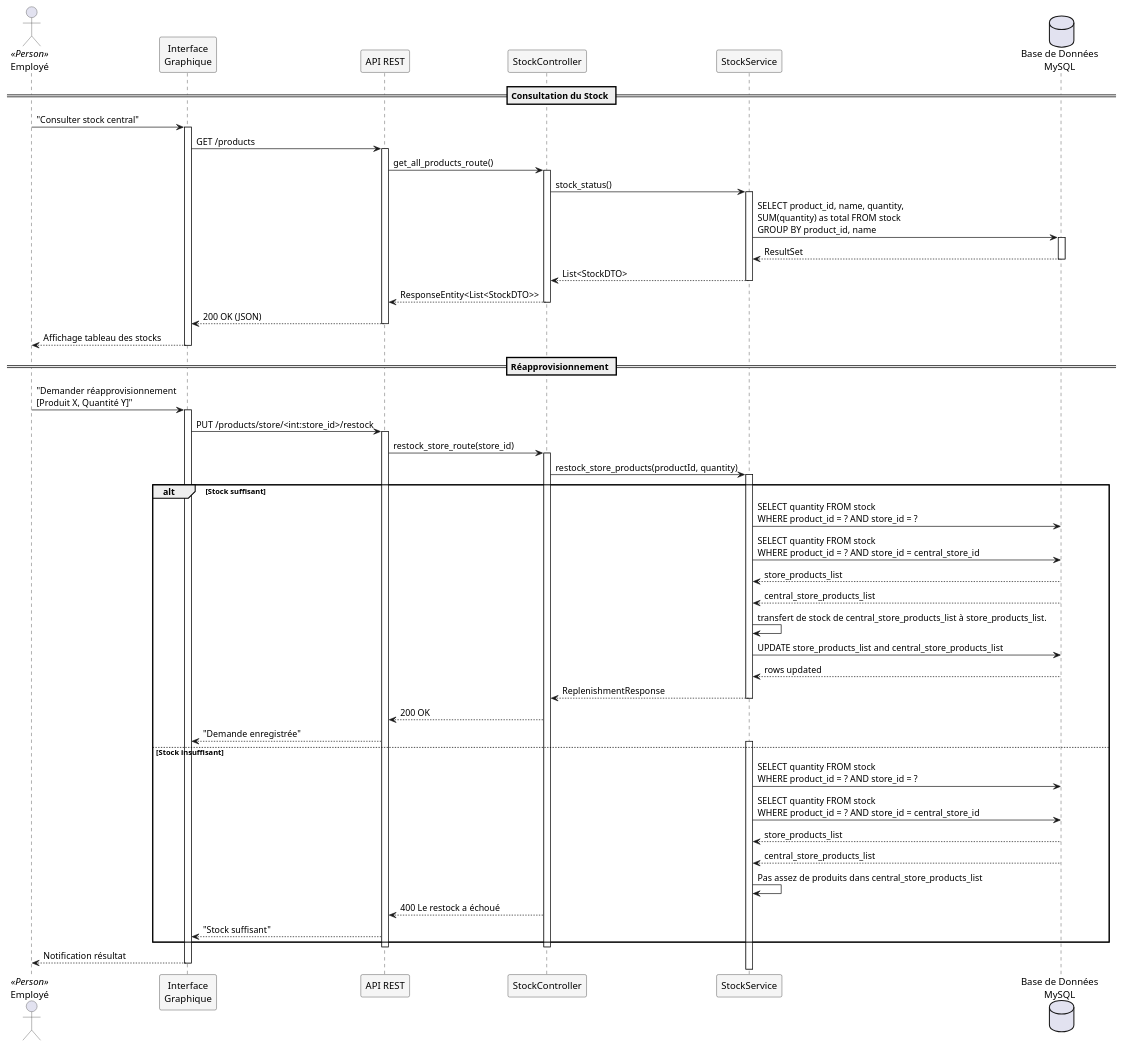
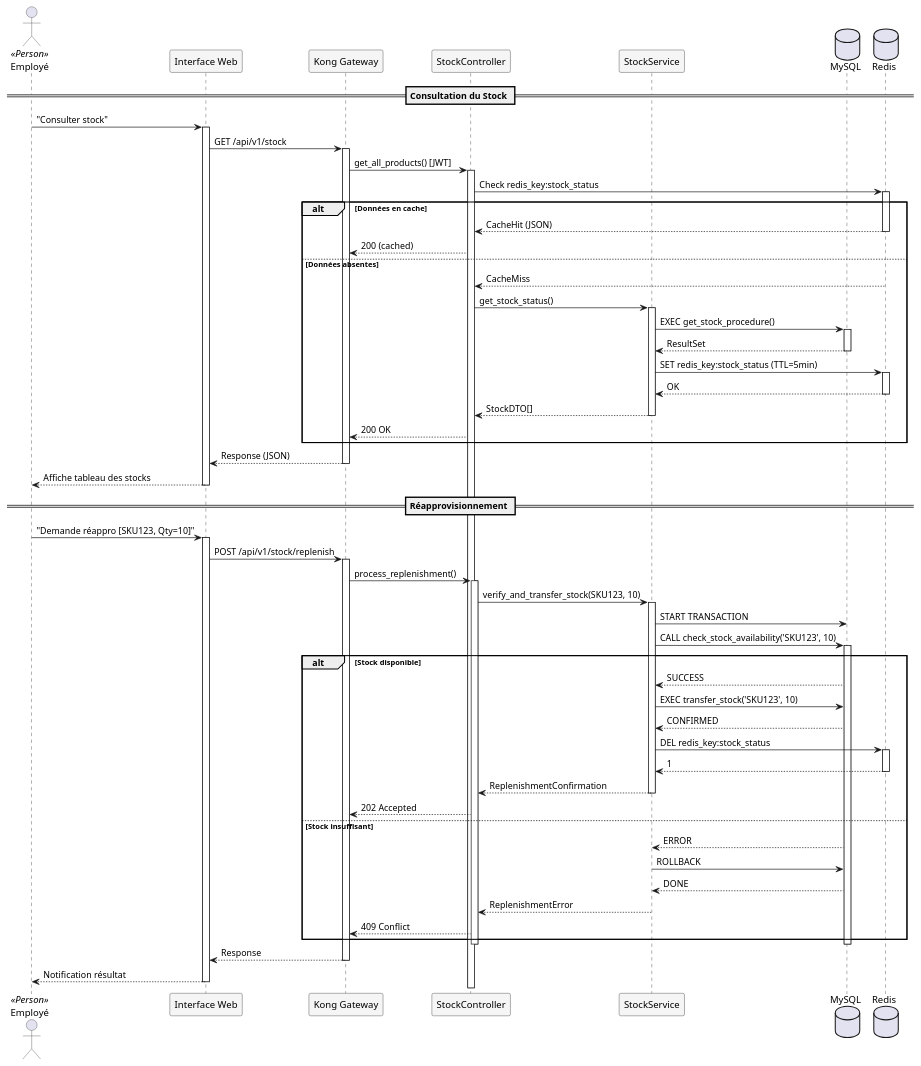
One commit to ErwanDerrien/GestionnaireMagasin changed the diagram in documentation/UML/Processus/SequenceRestock.puml. Above: the diagram before and after it, drawn with PlantUML. The commit also changed 14 other files, not shown here.

```diff
--- a/documentation/UML/Processus/SequenceRestock.puml
+++ b/documentation/UML/Processus/SequenceRestock.puml
@@ -1,80 +1,100 @@
 @startuml UC2 - Consulter le stock et réapprovisionnement
 
 skinparam {
   BackgroundColor #FFFFFF
   ActorBorderColor #333333
   ParticipantBackgroundColor #F5F5F5
   SequenceMessageAlign reverse
 }
 
 actor "Employé" as employe <<Person>>
-participant "Interface\nGraphique" as interface
-participant "API REST" as api
+participant "Interface Web" as interface
+participant "Kong Gateway" as kong
 participant "StockController" as controller
 participant "StockService" as service
-database "Base de Données\nMySQL" as db
+database "MySQL" as db
+database "Redis" as cache
 
 == Consultation du Stock ==
 
-employe -> interface : "Consulter stock central"
+employe -> interface : "Consulter stock"
 activate interface
-interface -> api : GET /products
-activate api
-api -> controller : get_all_products_route()
+interface -> kong : GET /api/v1/stock
+activate kong
+
+kong -> controller : get_all_products() [JWT]
 activate controller
-controller -> service : stock_status()
-activate service
-service -> db : SELECT product_id, name, quantity,\nSUM(quantity) as total FROM stock\nGROUP BY product_id, name
-activate db
-db --> service : ResultSet
-deactivate db
-service --> controller : List<StockDTO>
-deactivate service
-controller --> api : ResponseEntity<List<StockDTO>>
-deactivate controller
-api --> interface : 200 OK (JSON)
-deactivate api
-interface --> employe : Affichage tableau des stocks
+controller -> cache : Check redis_key:stock_status
+activate cache
+
+alt Données en cache
+  cache --> controller : CacheHit (JSON)
+  deactivate cache
+  controller --> kong : 200 (cached)
+else Données absentes
+  cache --> controller : CacheMiss
+  deactivate cache
+  controller -> service : get_stock_status()
+  activate service
+  service -> db : EXEC get_stock_procedure()
+  activate db
+  db --> service : ResultSet
+  deactivate db
+  service -> cache : SET redis_key:stock_status (TTL=5min)
+  activate cache
+  cache --> service : OK
+  deactivate cache
+  service --> controller : StockDTO[]
+  deactivate service
+  controller --> kong : 200 OK
+end
+
+kong --> interface : Response (JSON)
+deactivate kong
+interface --> employe : Affiche tableau des stocks
 deactivate interface
 
 == Réapprovisionnement ==
 
-employe -> interface : "Demander réapprovisionnement\n[Produit X, Quantité Y]"
+employe -> interface : "Demande réappro [SKU123, Qty=10]"
 activate interface
-interface -> api : PUT /products/store/<int:store_id>/restock
-activate api
-api -> controller : restock_store_route(store_id)
+interface -> kong : POST /api/v1/stock/replenish
+activate kong
+
+kong -> controller : process_replenishment()
 activate controller
-controller -> service : restock_store_products(productId, quantity)
+controller -> service : verify_and_transfer_stock(SKU123, 10)
+activate service
 
-alt Stock suffisant
-  activate service
-  service -> db : SELECT quantity FROM stock\nWHERE product_id = ? AND store_id = ?
-  service -> db : SELECT quantity FROM stock\nWHERE product_id = ? AND store_id = central_store_id
-  db --> service : store_products_list
-  db --> service : central_store_products_list
-  service -> service : transfert de stock de central_store_products_list à store_products_list.
-  service -> db : UPDATE store_products_list and central_store_products_list
-  db --> service : rows updated
-  service --> controller : ReplenishmentResponse
+service -> db : START TRANSACTION
+service -> db : CALL check_stock_availability('SKU123', 10)
+activate db
+
+alt Stock disponible
+  db --> service : SUCCESS
+  service -> db : EXEC transfer_stock('SKU123', 10)
+  db --> service : CONFIRMED
+  service -> cache : DEL redis_key:stock_status
+  activate cache
+  cache --> service : 1
+  deactivate cache
+  service --> controller : ReplenishmentConfirmation
   deactivate service
-  controller --> api : 200 OK
-  api --> interface : "Demande enregistrée"
+  controller --> kong : 202 Accepted
 else Stock insuffisant
-  activate service
-  service -> db : SELECT quantity FROM stock\nWHERE product_id = ? AND store_id = ?
-  service -> db : SELECT quantity FROM stock\nWHERE product_id = ? AND store_id = central_store_id
-  db --> service : store_products_list
-  db --> service : central_store_products_list
-  service -> service : Pas assez de produits dans central_store_products_list
-
-  controller --> api : 400 Le restock a échoué
-  api --> interface : "Stock suffisant"
+  db --> service : ERROR
+  service -> db : ROLLBACK
+  db --> service : DONE
+  service --> controller : ReplenishmentError
+  deactivate service
+  controller --> kong : 409 Conflict
 end
 
+deactivate db
 deactivate controller
-deactivate api
+kong --> interface : Response
+deactivate kong
 interface --> employe : Notification résultat
 deactivate interface
 
 @enduml
```
